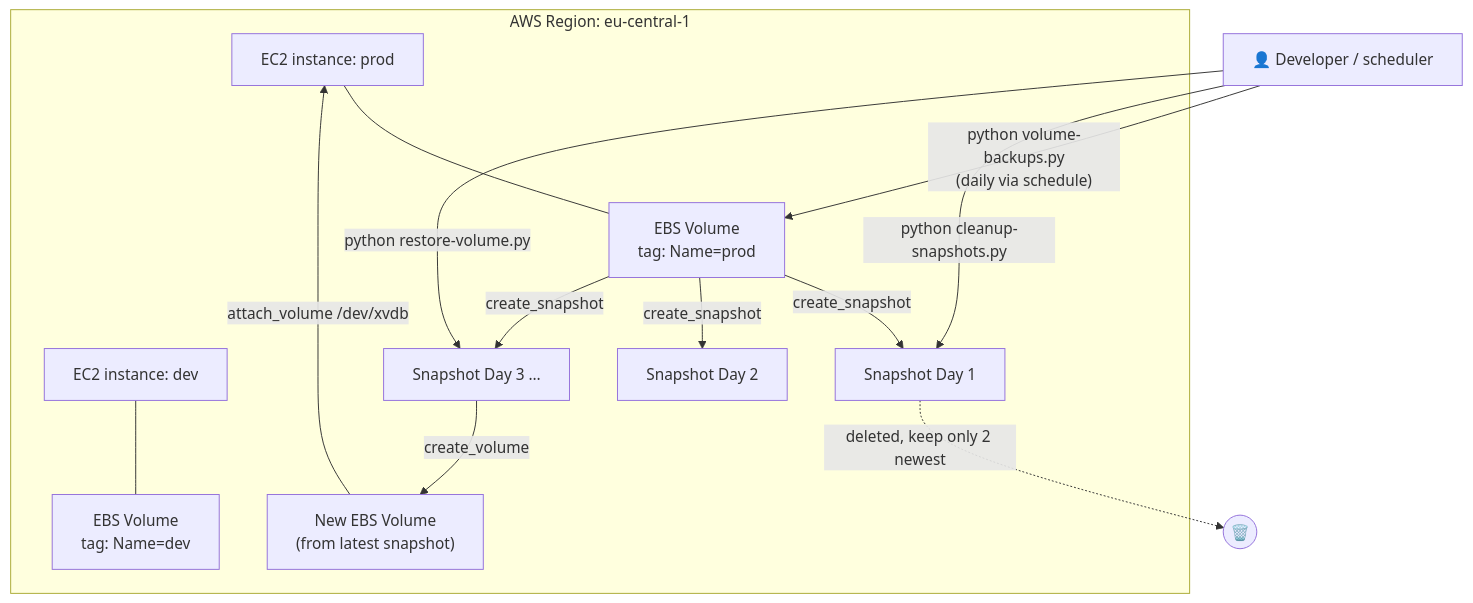
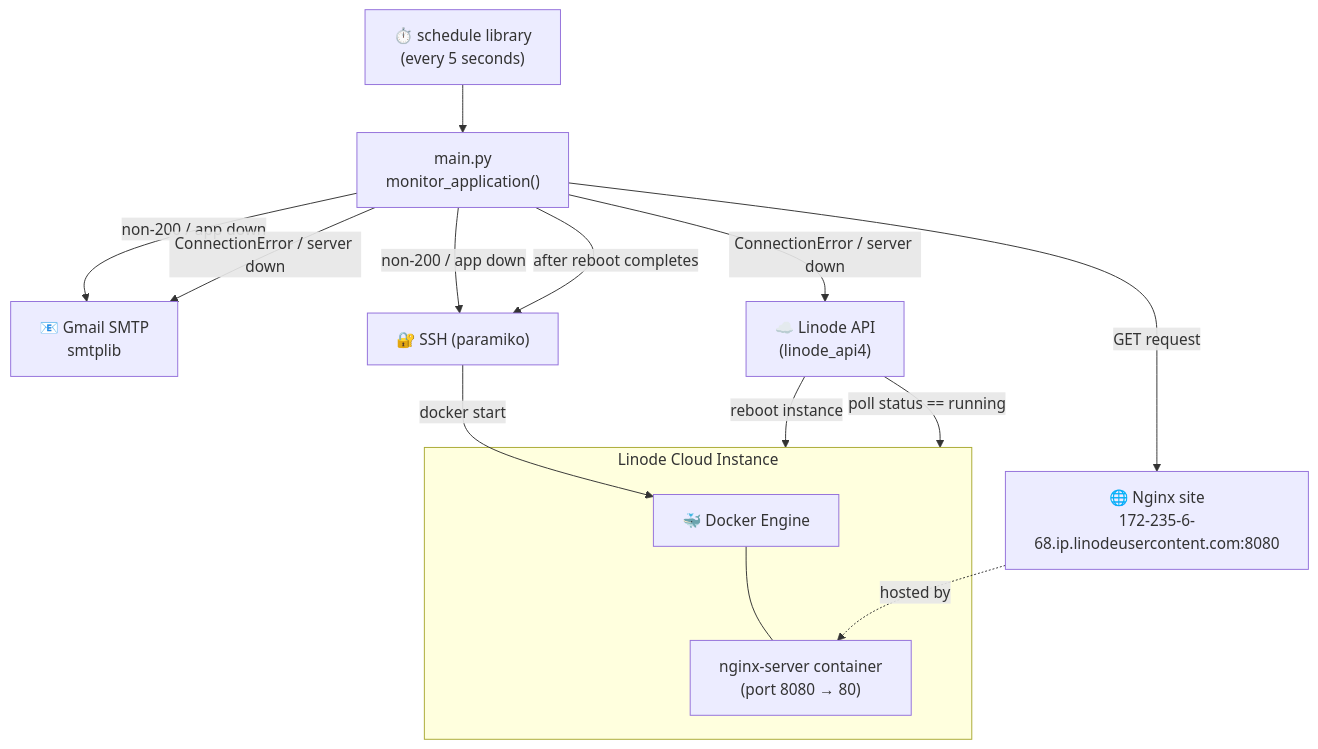
The diagram in README.md (mustafa-saleh/website-monitoring-and-recovery-with-python), drawn with Mermaid before and after one commit. The commit also changed other lines of this file and 12 other files, not shown here.

````diff
--- a/README.md
+++ b/README.md
@@ -52,25 +58,29 @@
 ```mermaid
 flowchart TB
-    subgraph AWS["AWS Region: eu-central-1"]
-        InstanceProd[EC2 instance: prod]
-        InstanceDev[EC2 instance: dev]
-        VolProd["EBS Volume<br/>tag: Name=prod"]
-        VolDev["EBS Volume<br/>tag: Name=dev"]
-        Snap1[Snapshot Day 1]
-        Snap2[Snapshot Day 2]
-        Snap3[Snapshot Day 3 …]
-        NewVol["New EBS Volume<br/>(from latest snapshot)"]
+    Cron["⏱️ schedule library<br/>(every 5 seconds)"]
+    Script["main.py<br/>monitor_application()"]
+    Site["🌐 Nginx site<br/>172-235-6-68.ip.linodeusercontent.com:8080"]
+    Gmail["📧 Gmail SMTP<br/>smtplib"]
+    SSH["🔐 SSH (paramiko)"]
+    LinodeAPI["☁️ Linode API<br/>(linode_api4)"]
+
+    subgraph Linode["Linode Cloud Instance"]
+        Docker["🐳 Docker Engine"]
+        Container["nginx-server container<br/>(port 8080 → 80)"]
+        Docker --- Container
     end
 
-    Dev[👤 Developer / scheduler] -- "python volume-backups.py<br/>(daily via schedule)" --> VolProd
-    InstanceProd --- VolProd
-    InstanceDev --- VolDev
-    VolProd -- create_snapshot --> Snap1 & Snap2 & Snap3
+    Cron --> Script
+    Script -- "GET request" --> Site
+    Site -. "hosted by" .-> Container
 
-    Dev -- "python cleanup-snapshots.py" --> Snap1
-    Snap1 -. "deleted, keep only 2 newest" .-> X((🗑️))
+    Script -- "non-200 / app down" --> Gmail
+    Script -- "non-200 / app down" --> SSH
+    SSH -- "docker start <container-id>" --> Docker
 
-    Dev -- "python restore-volume.py" --> Snap3
-    Snap3 -- create_volume --> NewVol
-    NewVol -- attach_volume /dev/xvdb --> InstanceProd
+    Script -- "ConnectionError / server down" --> Gmail
+    Script -- "ConnectionError / server down" --> LinodeAPI
+    LinodeAPI -- "reboot instance" --> Linode
+    LinodeAPI -- "poll status == running" --> Linode
+    Script -- "after reboot completes" --> SSH
 ```
````
